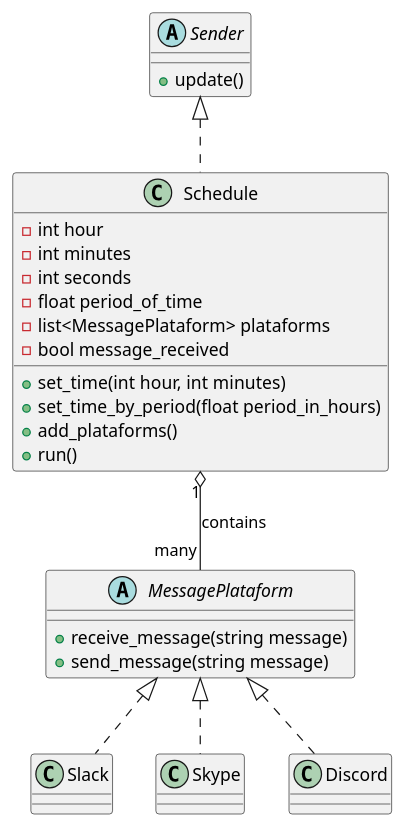
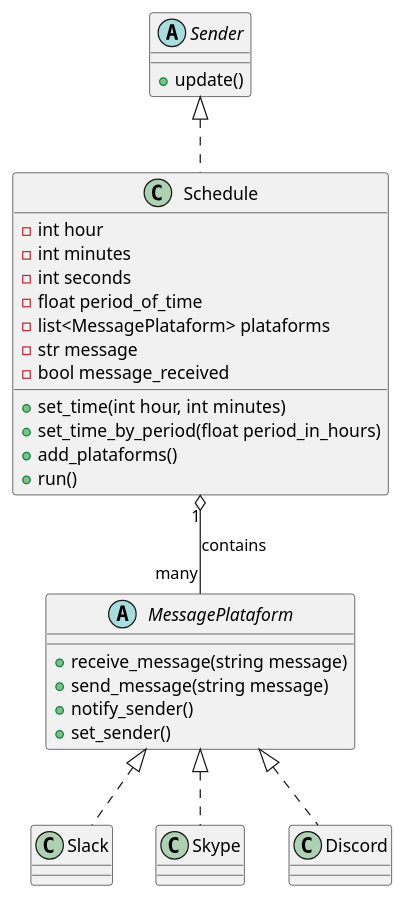
The diagram in tasks/task6/schedule/schedule.plantuml (ATGE/dev-fundamentals-ii), drawn with PlantUML before and after one commit.

Commit message:
update task6 uml

```diff
--- a/tasks/task6/schedule/schedule.plantuml
+++ b/tasks/task6/schedule/schedule.plantuml
@@ -2,36 +2,39 @@
 @startuml
 abstract Sender {
   + update()
 }
 class Schedule{
   - int hour
   - int minutes
   - int seconds
   - float period_of_time
   - list<MessagePlataform> plataforms
+  - str message
   - bool message_received
 
   
   + set_time(int hour, int minutes)
   + set_time_by_period(float period_in_hours)
   + add_plataforms()
   + run()
 }
 abstract MessagePlataform {
   + receive_message(string message)
   + send_message(string message)
+  + notify_sender()
+  + set_sender()
 }
 
 class Slack{
 }
 class Skype{
 }
 class Discord{
 }
 Sender <|.. Schedule
 
 MessagePlataform <|.. Slack
 MessagePlataform <|.. Skype
 MessagePlataform <|.. Discord
 Schedule "1" o-- "many" MessagePlataform : contains
 @enduml
```
